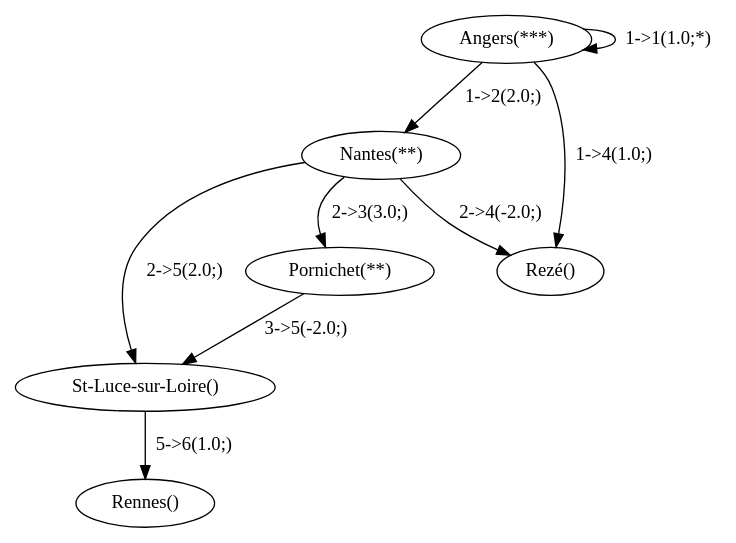
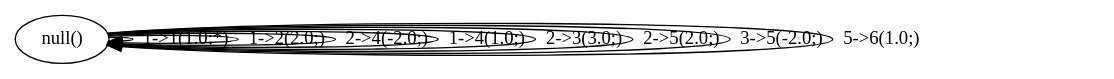
One commit to Latoof/GraphProject changed the diagram in GraphProject/map.dot. Above: the diagram before and after it, drawn with Graphviz. The commit also changed 8 other files, not shown here.

```diff
--- a/GraphProject/map.dot
+++ b/GraphProject/map.dot
@@ -1,16 +1,15 @@
-digraph{
-"Angers" [label="Angers(***)"];
-"Nantes" [label="Nantes(**)"];
-"Pornichet" [label="Pornichet(**)"];
-"Rezé" [label="Rezé()"];
-"St-Luce-sur-Loire" [label="St-Luce-sur-Loire()"];
-"Rennes" [label="Rennes()"];
-"Angers" -> "Angers" [label="1->1(1.0;*)"];
-"Angers" -> "Nantes" [label="1->2(2.0;)"];
-"Nantes" -> "Rezé" [label="2->4(-2.0;)"];
-"Angers" -> "Rezé" [label="1->4(1.0;)"];
-"Nantes" -> "Pornichet" [label="2->3(3.0;)"];
-"Nantes" -> "St-Luce-sur-Loire" [label="2->5(2.0;)"];
-"Pornichet" -> "St-Luce-sur-Loire" [label="3->5(-2.0;)"];
-"St-Luce-sur-Loire" -> "Rennes" [label="5->6(1.0;)"];
+digraph {"null" [label="null(***)"];
+"null" [label="null(**)"];
+"null" [label="null(**)"];
+"null" [label="null()"];
+"null" [label="null()"];
+"null" [label="null()"];
+"null" -> "null" [label="1->1(1.0;*)"];
+"null" -> "null" [label="1->2(2.0;)"];
+"null" -> "null" [label="2->4(-2.0;)"];
+"null" -> "null" [label="1->4(1.0;)"];
+"null" -> "null" [label="2->3(3.0;)"];
+"null" -> "null" [label="2->5(2.0;)"];
+"null" -> "null" [label="3->5(-2.0;)"];
+"null" -> "null" [label="5->6(1.0;)"];
 }
```
